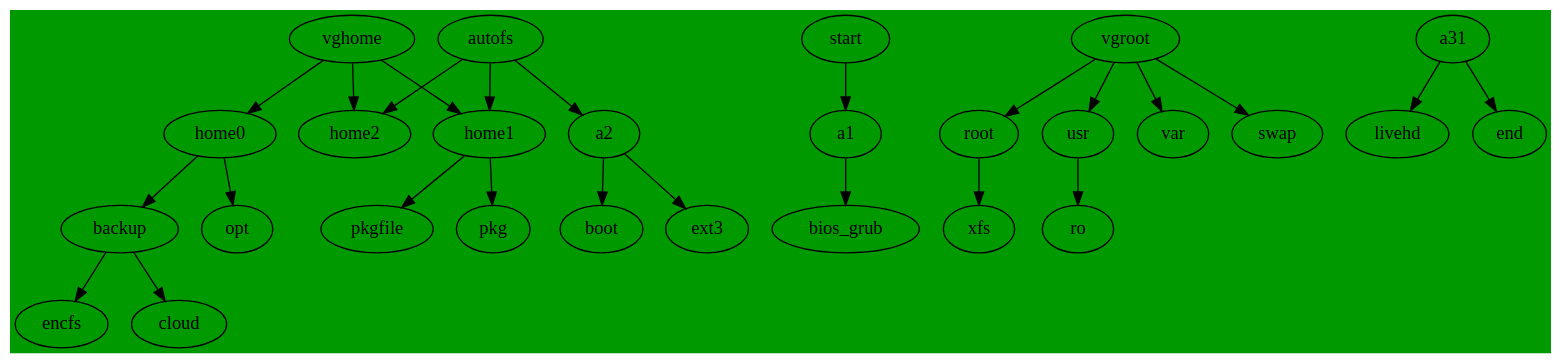
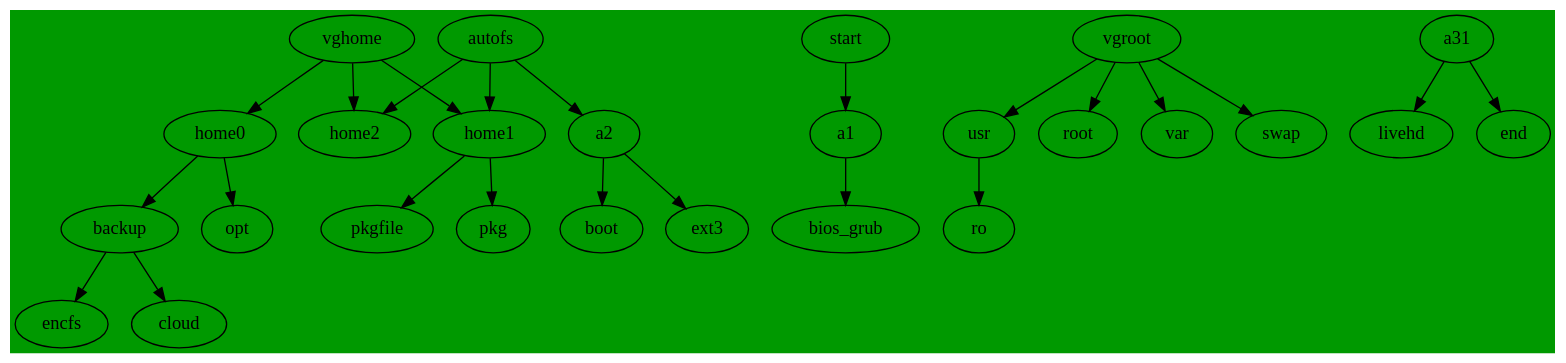
One commit to cdede/dotfiles changed the diagram in dot/.config/dupl/parted.dot. Above: the diagram before and after it, drawn with Graphviz.

Commit message:
best way to fix Superblock last mount time is in the future is e2fsck.conf broken_system_clock=true,change root to ext4 back

```diff
--- a/dot/.config/dupl/parted.dot
+++ b/dot/.config/dupl/parted.dot
@@ -1,29 +1,28 @@
 // dot -Tpng  parted.dot -o line1.png
 //  default ext4
 digraph G {
   bgcolor ="#009900";
   autofs->home2;
   autofs->home1;
   autofs->a2;
   start->a1;
   a1->bios_grub;
   a2 -> boot;
   a2 -> ext3;
-  root->xfs;
   usr ->ro;
   home0->backup;
   home0->opt;
   home1->pkgfile;
   home1->pkg;
   a31->livehd;
   a31->end;
   backup -> encfs;
   backup -> cloud;
   vgroot->root ;
   vgroot->usr;
   vgroot->var;
   vgroot->swap;
   vghome->home0;
   vghome->home1;
   vghome->home2;
 }
```
